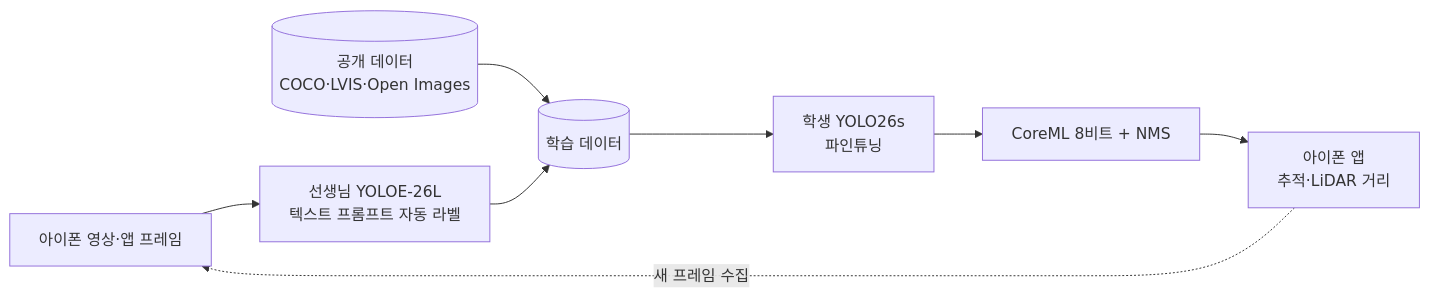
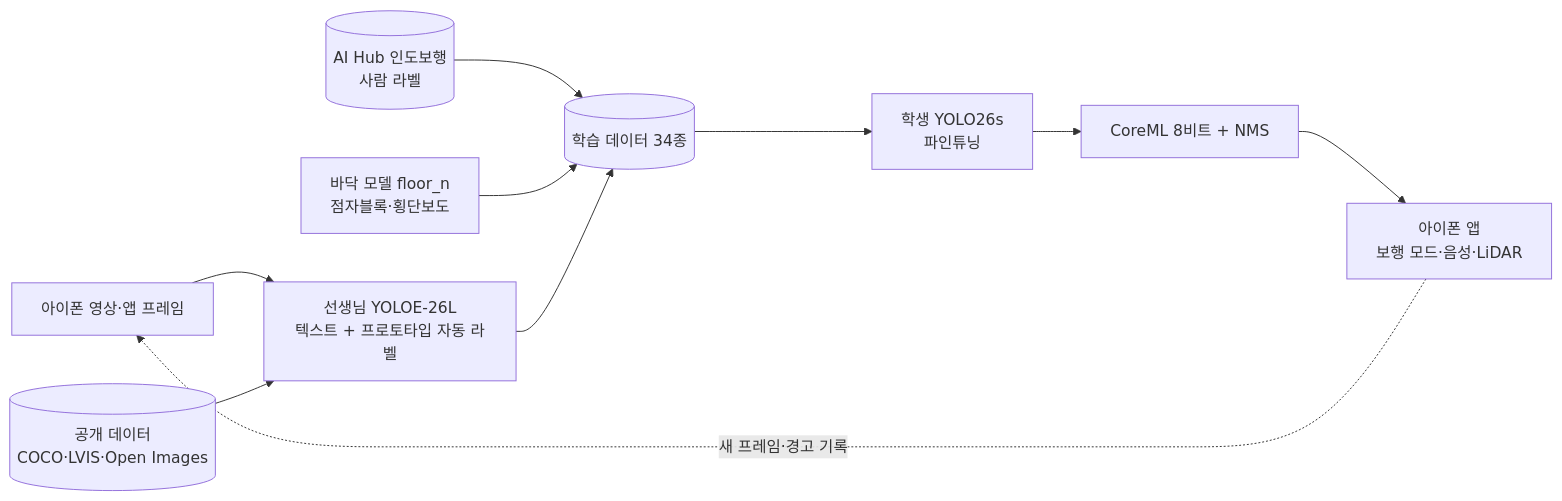
The diagram in README.md (broBbang2/MSCV), drawn with Mermaid before and after one commit. The commit also changed other lines of this file and 13 other files, not shown here.

First line of the commit message:
보행 보조 34종: AI Hub 인도 데이터, 점자블록·횡단보도 바닥 모델, walk34_s 배포

````diff
--- a/README.md
+++ b/README.md
@@ -63,10 +91,12 @@
 ```mermaid
 flowchart LR
-    A[아이폰 영상·앱 프레임] --> T[선생님 YOLOE-26L<br/>텍스트 프롬프트 자동 라벨]
-    P[(공개 데이터<br/>COCO·LVIS·Open Images)] --> D
-    T --> D[(학습 데이터)]
+    A[아이폰 영상·앱 프레임] --> T[선생님 YOLOE-26L<br/>텍스트 + 프로토타입 자동 라벨]
+    P[(공개 데이터<br/>COCO·LVIS·Open Images)] --> T
+    H[(AI Hub 인도보행<br/>사람 라벨)] --> D
+    F[바닥 모델 floor_n<br/>점자블록·횡단보도] --> D
+    T --> D[(학습 데이터 34종)]
     D --> S[학생 YOLO26s<br/>파인튜닝]
     S --> X[CoreML 8비트 + NMS]
-    X --> I[아이폰 앱<br/>추적·LiDAR 거리]
-    I -.->|새 프레임 수집| A
+    X --> I[아이폰 앱<br/>보행 모드·음성·LiDAR]
+    I -.->|새 프레임·경고 기록| A
 ```
````
